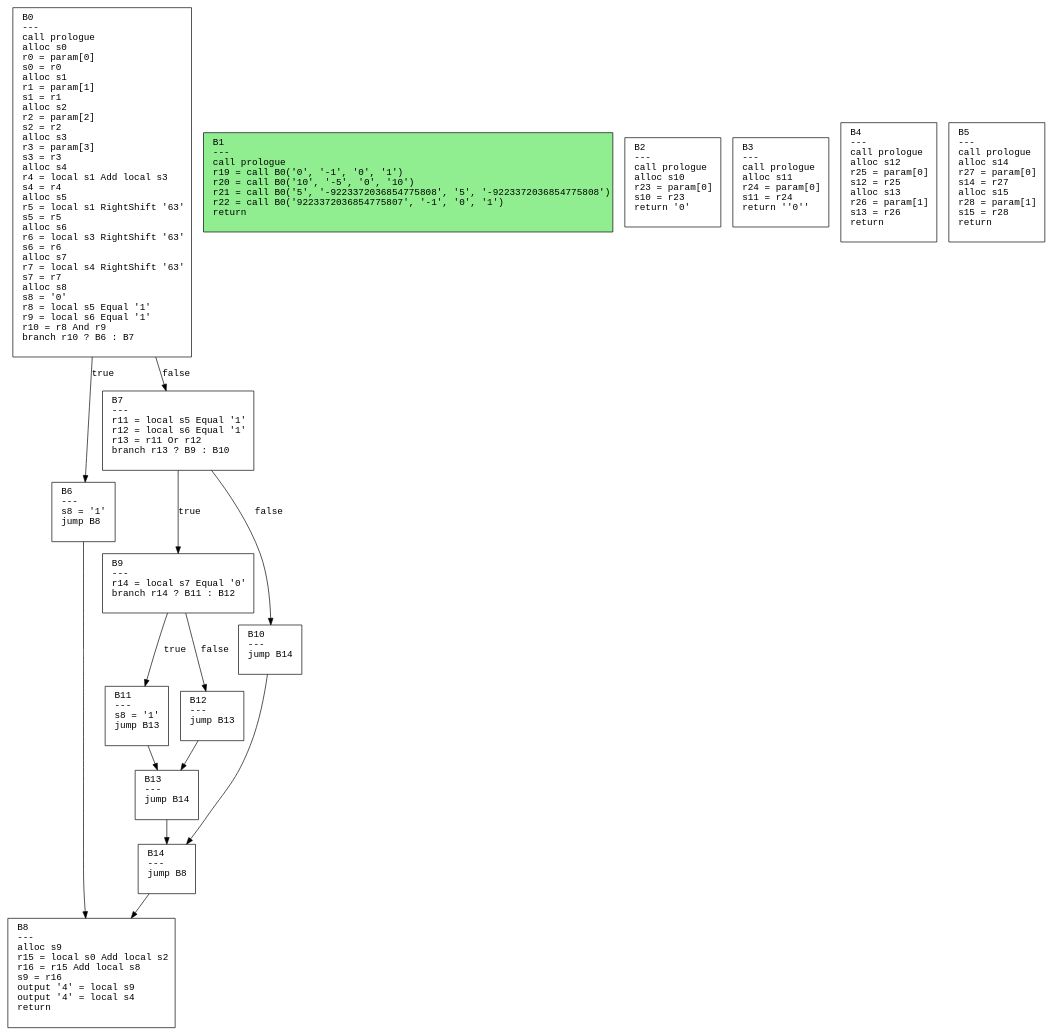
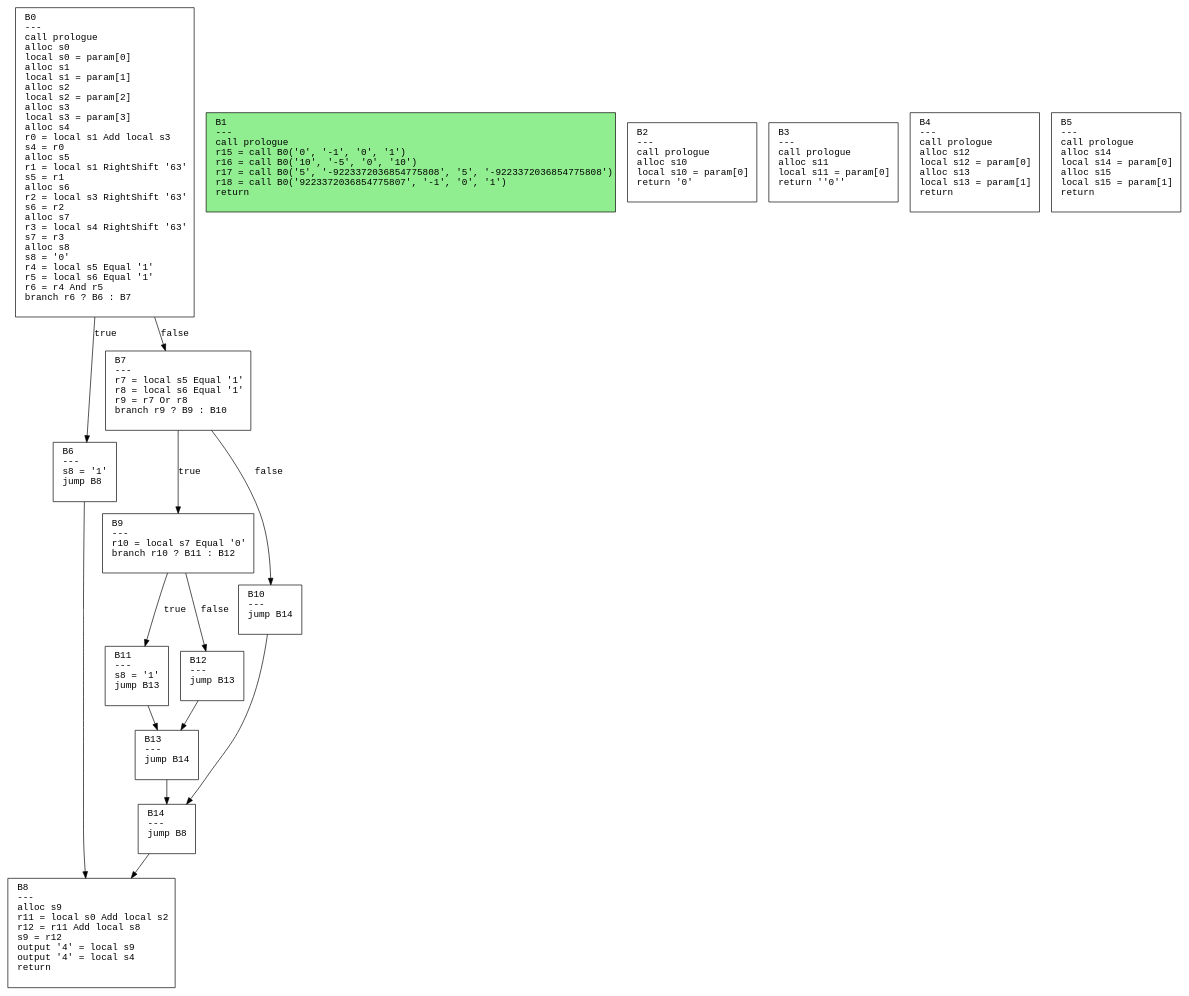
One commit to safarislava/ProcTranslator changed the diagram in schemes/double.dot. Above: the diagram before and after it, drawn with Graphviz. The commit also changed 20 other files, not shown here.

```diff
--- a/schemes/double.dot
+++ b/schemes/double.dot
@@ -1,34 +1,34 @@
 digraph CFG {
   rankdir=TB;
   node [shape=box, fontname="Courier", style=filled, fillcolor=white, margin="0.2,0.1"];
   edge [fontname="Courier"];
 
-  "B0" [label="B0\l---\lcall prologue\lalloc s0\lr0 = param[0]\ls0 = r0\lalloc s1\lr1 = param[1]\ls1 = r1\lalloc s2\lr2 = param[2]\ls2 = r2\lalloc s3\lr3 = param[3]\ls3 = r3\lalloc s4\lr4 = local s1 Add local s3\ls4 = r4\lalloc s5\lr5 = local s1 RightShift '63'\ls5 = r5\lalloc s6\lr6 = local s3 RightShift '63'\ls6 = r6\lalloc s7\lr7 = local s4 RightShift '63'\ls7 = r7\lalloc s8\ls8 = '0'\lr8 = local s5 Equal '1'\lr9 = local s6 Equal '1'\lr10 = r8 And r9\lbranch r10 ? B6 : B7\l "];
-  "B1" [label="B1\l---\lcall prologue\lr19 = call B0('0', '-1', '0', '1')\lr20 = call B0('10', '-5', '0', '10')\lr21 = call B0('5', '-9223372036854775808', '5', '-9223372036854775808')\lr22 = call B0('9223372036854775807', '-1', '0', '1')\lreturn\l "];
-  "B2" [label="B2\l---\lcall prologue\lalloc s10\lr23 = param[0]\ls10 = r23\lreturn '0'\l "];
-  "B3" [label="B3\l---\lcall prologue\lalloc s11\lr24 = param[0]\ls11 = r24\lreturn ''0''\l "];
-  "B4" [label="B4\l---\lcall prologue\lalloc s12\lr25 = param[0]\ls12 = r25\lalloc s13\lr26 = param[1]\ls13 = r26\lreturn\l "];
-  "B5" [label="B5\l---\lcall prologue\lalloc s14\lr27 = param[0]\ls14 = r27\lalloc s15\lr28 = param[1]\ls15 = r28\lreturn\l "];
+  "B0" [label="B0\l---\lcall prologue\lalloc s0\llocal s0 = param[0]\lalloc s1\llocal s1 = param[1]\lalloc s2\llocal s2 = param[2]\lalloc s3\llocal s3 = param[3]\lalloc s4\lr0 = local s1 Add local s3\ls4 = r0\lalloc s5\lr1 = local s1 RightShift '63'\ls5 = r1\lalloc s6\lr2 = local s3 RightShift '63'\ls6 = r2\lalloc s7\lr3 = local s4 RightShift '63'\ls7 = r3\lalloc s8\ls8 = '0'\lr4 = local s5 Equal '1'\lr5 = local s6 Equal '1'\lr6 = r4 And r5\lbranch r6 ? B6 : B7\l "];
+  "B1" [label="B1\l---\lcall prologue\lr15 = call B0('0', '-1', '0', '1')\lr16 = call B0('10', '-5', '0', '10')\lr17 = call B0('5', '-9223372036854775808', '5', '-9223372036854775808')\lr18 = call B0('9223372036854775807', '-1', '0', '1')\lreturn\l "];
+  "B2" [label="B2\l---\lcall prologue\lalloc s10\llocal s10 = param[0]\lreturn '0'\l "];
+  "B3" [label="B3\l---\lcall prologue\lalloc s11\llocal s11 = param[0]\lreturn ''0''\l "];
+  "B4" [label="B4\l---\lcall prologue\lalloc s12\llocal s12 = param[0]\lalloc s13\llocal s13 = param[1]\lreturn\l "];
+  "B5" [label="B5\l---\lcall prologue\lalloc s14\llocal s14 = param[0]\lalloc s15\llocal s15 = param[1]\lreturn\l "];
   "B6" [label="B6\l---\ls8 = '1'\ljump B8\l "];
-  "B7" [label="B7\l---\lr11 = local s5 Equal '1'\lr12 = local s6 Equal '1'\lr13 = r11 Or r12\lbranch r13 ? B9 : B10\l "];
-  "B8" [label="B8\l---\lalloc s9\lr15 = local s0 Add local s2\lr16 = r15 Add local s8\ls9 = r16\loutput '4' = local s9\loutput '4' = local s4\lreturn\l "];
-  "B9" [label="B9\l---\lr14 = local s7 Equal '0'\lbranch r14 ? B11 : B12\l "];
+  "B7" [label="B7\l---\lr7 = local s5 Equal '1'\lr8 = local s6 Equal '1'\lr9 = r7 Or r8\lbranch r9 ? B9 : B10\l "];
+  "B8" [label="B8\l---\lalloc s9\lr11 = local s0 Add local s2\lr12 = r11 Add local s8\ls9 = r12\loutput '4' = local s9\loutput '4' = local s4\lreturn\l "];
+  "B9" [label="B9\l---\lr10 = local s7 Equal '0'\lbranch r10 ? B11 : B12\l "];
   "B10" [label="B10\l---\ljump B14\l "];
   "B11" [label="B11\l---\ls8 = '1'\ljump B13\l "];
   "B12" [label="B12\l---\ljump B13\l "];
   "B13" [label="B13\l---\ljump B14\l "];
   "B14" [label="B14\l---\ljump B8\l "];
   "B0" -> "B6" [label="true"];
   "B0" -> "B7" [label="false"];
   "B6" -> "B8";
   "B7" -> "B9" [label="true"];
   "B7" -> "B10" [label="false"];
   "B9" -> "B11" [label="true"];
   "B9" -> "B12" [label="false"];
   "B10" -> "B14";
   "B11" -> "B13";
   "B12" -> "B13";
   "B13" -> "B14";
   "B14" -> "B8";
   "B1" [fillcolor=lightgreen];
 }
```
